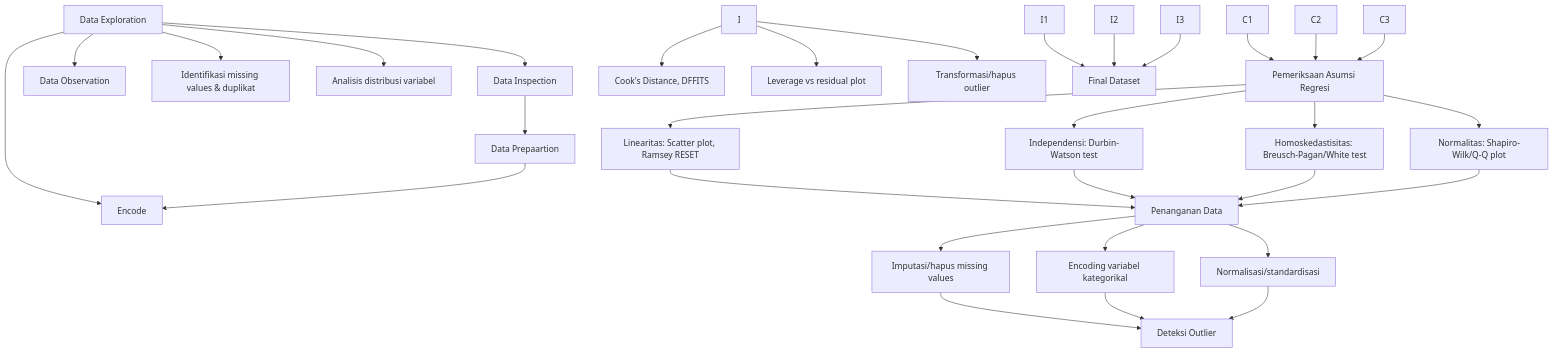
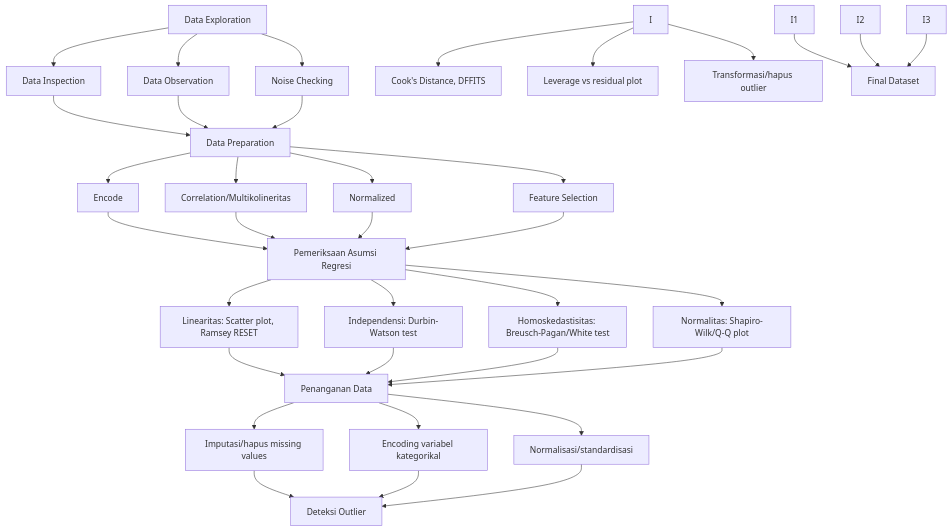
Before and after one commit to AkbarArsanata/Analisis-Freelancer: the first of 3 diagrams in README.md, drawn with Mermaid.

````diff
--- a/README.md
+++ b/README.md
@@ -82,41 +82,46 @@
 ```mermaid
 graph TD
     A[Data Exploration] --> A1[Data Inspection]
     A --> A2[Data Observation]
     A --> A3[Noise Checking]
-    A1 --> B
-    B[Data Prepaartion] --> A3[Encode]
-    A --> B2[Identifikasi missing values & duplikat]
-    A --> B3[Analisis distribusi variabel]
+    A1 --> B[Data Preparation]
+    A2 --> B
+    A3 --> B
+
+    B --> C1[Encode]
+    B --> C2[Correlation/Multikolineritas]
+    B --> C3[Normalized]
+    B --> C4[Feature Selection]
     
     C1 --> D[Pemeriksaan Asumsi Regresi]
     C2 --> D
     C3 --> D
+    C4 --> D
     
     D --> E1[Linearitas: Scatter plot, Ramsey RESET]
     D --> E2[Independensi: Durbin-Watson test]
     D --> E3[Homoskedastisitas: Breusch-Pagan/White test]
     D --> E4[Normalitas: Shapiro-Wilk/Q-Q plot]
     
     E1 --> F[Penanganan Data]
     E2 --> F
     E3 --> F
     E4 --> F
     
     F --> G1[Imputasi/hapus missing values]
     F --> G2[Encoding variabel kategorikal]
     F --> G3[Normalisasi/standardisasi]
     
     G1 --> H[Deteksi Outlier]
     G2 --> H
     G3 --> H
     
     I --> J1[Cook's Distance, DFFITS]
     I --> J2[Leverage vs residual plot]
     I --> J3[Transformasi/hapus outlier]
     
     I1 --> J[Final Dataset]
     I2 --> J
     I3 --> J
 
 ```
````
